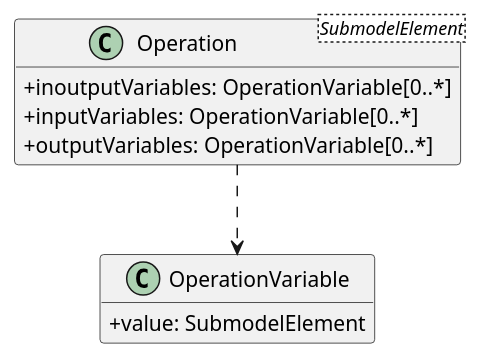
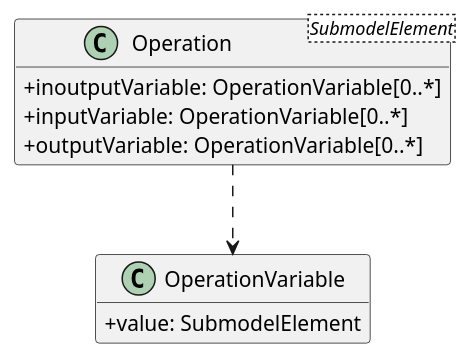
The diagram in output/38_Operation.puml (zrgt/py2puml), drawn with PlantUML before and after one commit. The commit also changed 52 other files, not shown here.

```diff
--- a/output/38_Operation.puml
+++ b/output/38_Operation.puml
@@ -1,14 +1,14 @@
 @startuml
 skinparam classAttributeIconSize 0
 hide methods
 
 class Operation<SubmodelElement> {
-  +inoutputVariables: OperationVariable[0..*] 
-  +inputVariables: OperationVariable[0..*] 
-  +outputVariables: OperationVariable[0..*] 
+  +inoutputVariable: OperationVariable[0..*] 
+  +inputVariable: OperationVariable[0..*] 
+  +outputVariable: OperationVariable[0..*] 
 }
 class OperationVariable {
   +value: SubmodelElement 
 }
 Operation ..> OperationVariable
 @enduml
```
